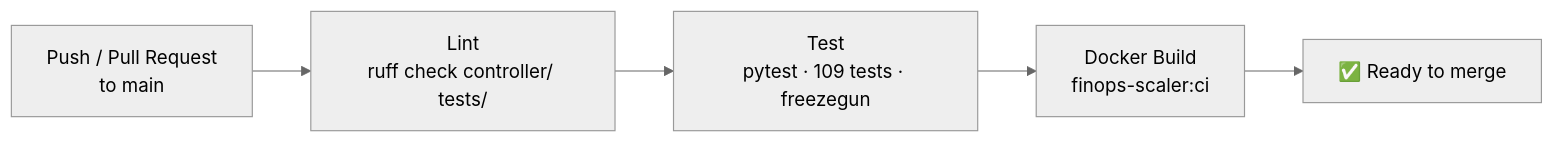
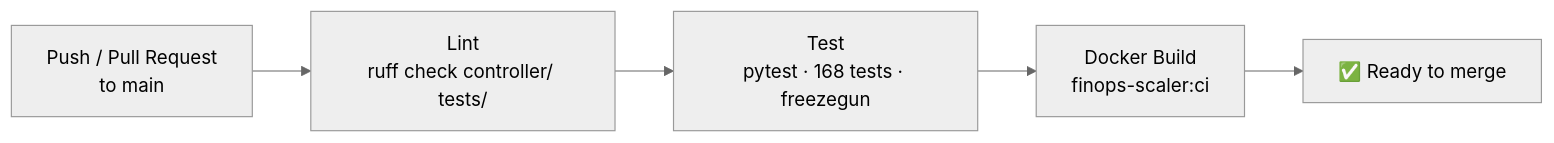
One commit to sriaratragada/Dynamic-Predictive-FinOps-Cluster-Down-Scaler changed the seventh of 8 diagrams in OVERVIEW.md. Above: the diagram before and after it, drawn with Mermaid (neutral theme). The commit also changed other lines of this file and 5078 other files, not shown here.

````diff
--- a/OVERVIEW.md
+++ b/OVERVIEW.md
@@ -202,7 +202,7 @@
 ```mermaid
 flowchart LR
   PR["Push / Pull Request\nto main"] --> L["Lint\nruff check controller/ tests/"]
-  L --> T["Test\npytest · 109 tests · freezegun"]
+  L --> T["Test\npytest · 168 tests · freezegun"]
   T --> D["Docker Build\nfinops-scaler:ci"]
   D --> OK["✅ Ready to merge"]
 ```
````
